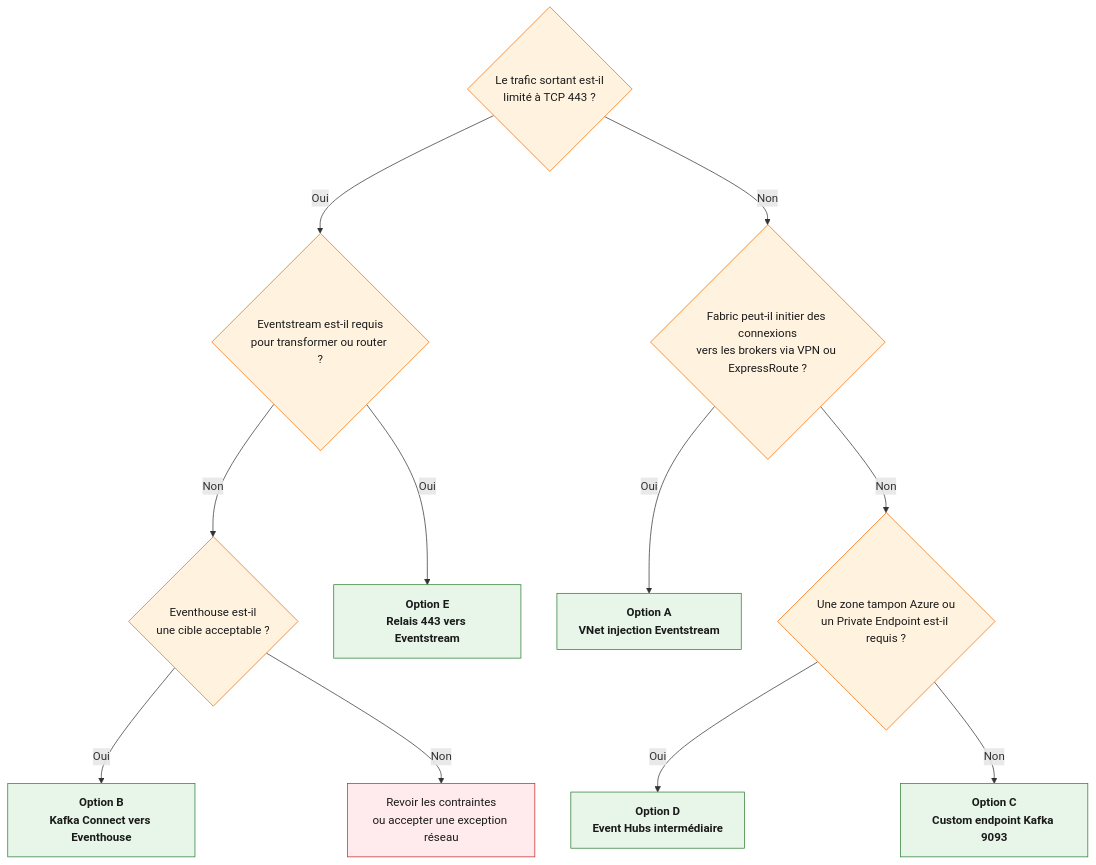
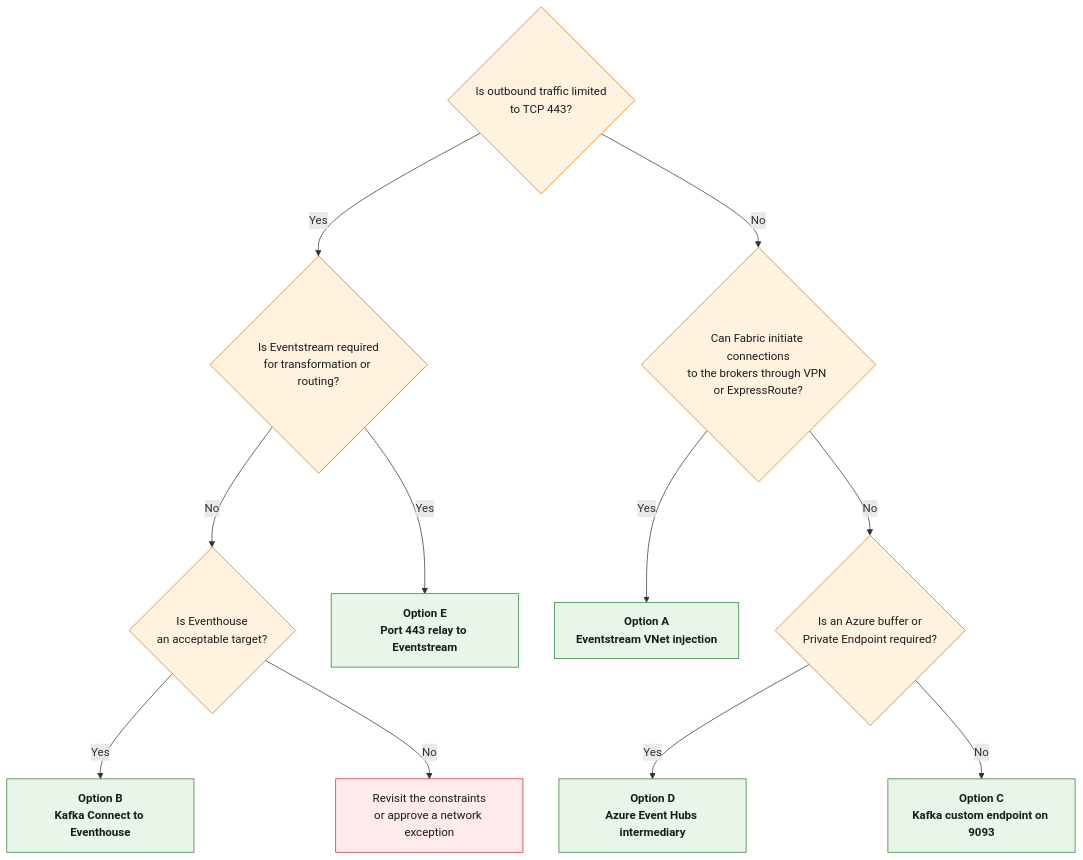
The fourth of 4 diagrams in markdown/Fabric_OnPrem_Kafka_Connectivity.md (fredgis/fabric-foundry-kb), drawn with Mermaid before and after one commit. The commit also changed other lines of this file and 2 other files, not shown here.

Commit message:
Translate Kafka connectivity whitepaper to English

````diff
--- a/markdown/Fabric_OnPrem_Kafka_Connectivity.md
+++ b/markdown/Fabric_OnPrem_Kafka_Connectivity.md
@@ -543,35 +543,35 @@
 ```mermaid
 flowchart TD
-    START{"Le trafic sortant est-il<br/>limité à TCP 443 ?"}
-    NEEDES{"Eventstream est-il requis<br/>pour transformer ou router ?"}
-    EVENTHOUSE{"Eventhouse est-il<br/>une cible acceptable ?"}
-    INBOUND{"Fabric peut-il initier des connexions<br/>vers les brokers via VPN ou ExpressRoute ?"}
-    BUFFER{"Une zone tampon Azure ou<br/>un Private Endpoint est-il requis ?"}
+    START{"Is outbound traffic limited<br/>to TCP 443?"}
+    NEEDES{"Is Eventstream required<br/>for transformation or routing?"}
+    EVENTHOUSE{"Is Eventhouse<br/>an acceptable target?"}
+    INBOUND{"Can Fabric initiate connections<br/>to the brokers through VPN or ExpressRoute?"}
+    BUFFER{"Is an Azure buffer or<br/>Private Endpoint required?"}
 
-    B["Option B<br/>Kafka Connect vers Eventhouse"]
-    E["Option E<br/>Relais 443 vers Eventstream"]
-    A["Option A<br/>VNet injection Eventstream"]
-    C["Option C<br/>Custom endpoint Kafka 9093"]
-    D["Option D<br/>Event Hubs intermédiaire"]
-    REVIEW["Revoir les contraintes<br/>ou accepter une exception réseau"]
+    B["Option B<br/>Kafka Connect to Eventhouse"]
+    E["Option E<br/>Port 443 relay to Eventstream"]
+    A["Option A<br/>Eventstream VNet injection"]
+    C["Option C<br/>Kafka custom endpoint on 9093"]
+    D["Option D<br/>Azure Event Hubs intermediary"]
+    REVIEW["Revisit the constraints<br/>or approve a network exception"]
 
-    START -->|"Oui"| NEEDES
-    NEEDES -->|"Non"| EVENTHOUSE
-    EVENTHOUSE -->|"Oui"| B
-    EVENTHOUSE -->|"Non"| REVIEW
-    NEEDES -->|"Oui"| E
+    START -->|"Yes"| NEEDES
+    NEEDES -->|"No"| EVENTHOUSE
+    EVENTHOUSE -->|"Yes"| B
+    EVENTHOUSE -->|"No"| REVIEW
+    NEEDES -->|"Yes"| E
 
-    START -->|"Non"| INBOUND
-    INBOUND -->|"Oui"| A
-    INBOUND -->|"Non"| BUFFER
-    BUFFER -->|"Oui"| D
-    BUFFER -->|"Non"| C
+    START -->|"No"| INBOUND
+    INBOUND -->|"Yes"| A
+    INBOUND -->|"No"| BUFFER
+    BUFFER -->|"Yes"| D
+    BUFFER -->|"No"| C
 
     classDef question fill:#FFF3E0,stroke:#EF6C00,color:#1a1a1a
     classDef recommended fill:#E8F5E9,stroke:#2E7D32,color:#1a1a1a,font-weight:bold
     classDef review fill:#FFEBEE,stroke:#C62828,color:#1a1a1a
 
     class START,NEEDES,EVENTHOUSE,INBOUND,BUFFER question
     class A,B,C,D,E recommended
     class REVIEW review
 ```
````
